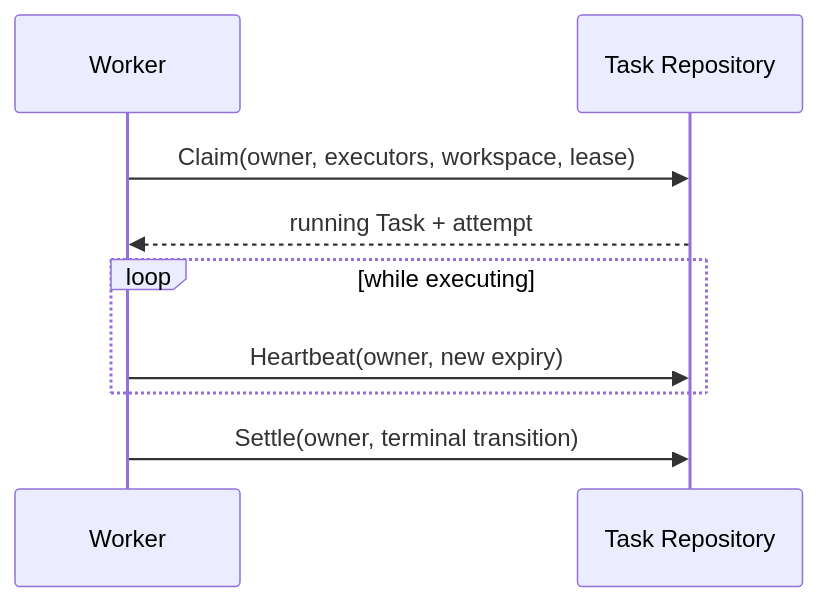
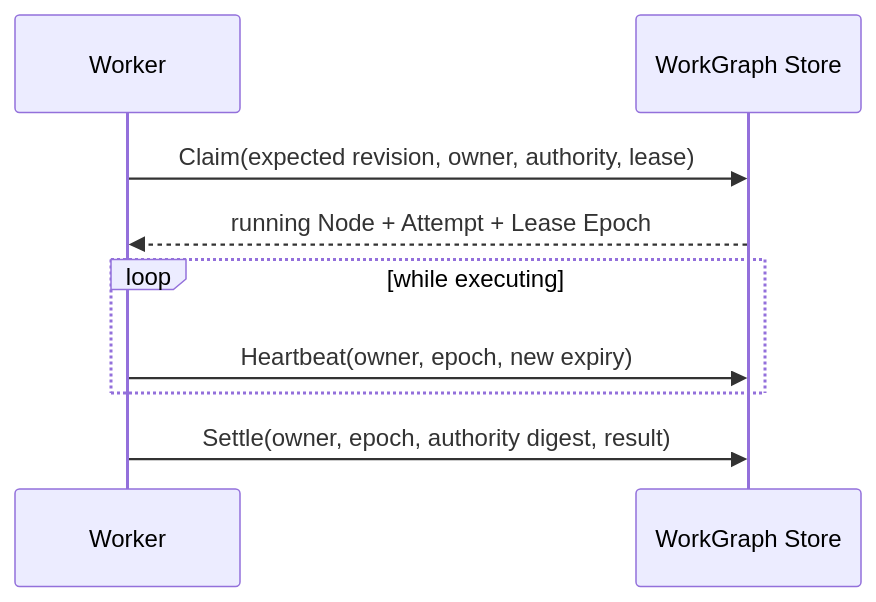
One commit to fwtllh-png/CodeHelper changed the diagram in docs/book/en/09-task-orchestration/02-lease-heartbeat-retry.md. Above: the diagram before and after it, drawn with Mermaid. The commit also changed other lines of this file and 314 other files, not shown here.

````diff
--- a/docs/book/en/09-task-orchestration/02-lease-heartbeat-retry.md
+++ b/docs/book/en/09-task-orchestration/02-lease-heartbeat-retry.md
@@ -35,11 +40,11 @@
 ```mermaid
 sequenceDiagram
     participant W as Worker
-    participant R as Task Repository
-    W->>R: Claim(owner, executors, workspace, lease)
-    R-->>W: running Task + attempt
+    participant R as WorkGraph Store
+    W->>R: Claim(expected revision, owner, authority, lease)
+    R-->>W: running Node + Attempt + Lease Epoch
     loop while executing
-      W->>R: Heartbeat(owner, new expiry)
+      W->>R: Heartbeat(owner, epoch, new expiry)
     end
-    W->>R: Settle(owner, terminal transition)
+    W->>R: Settle(owner, epoch, authority digest, result)
 ```
````
